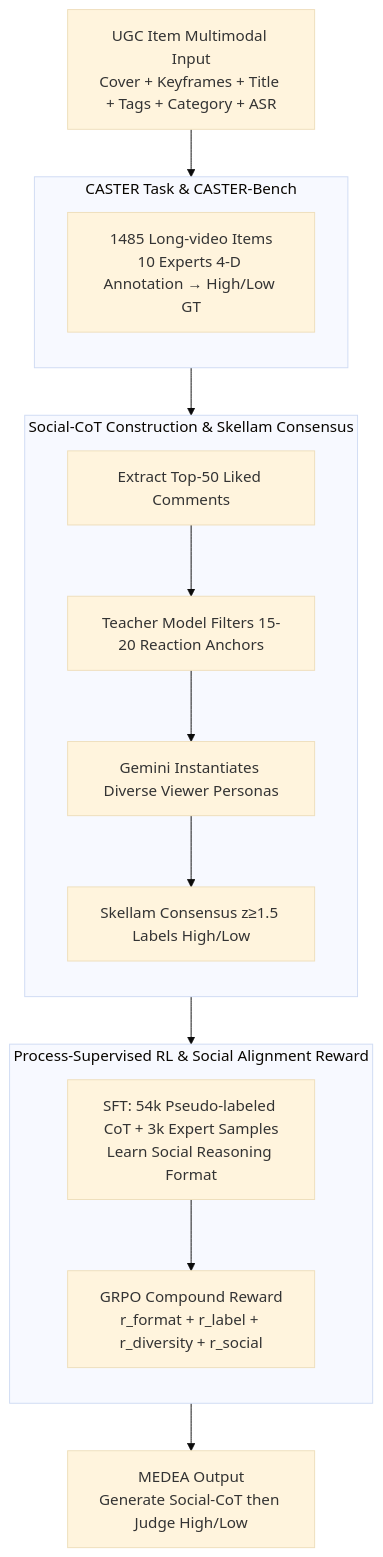
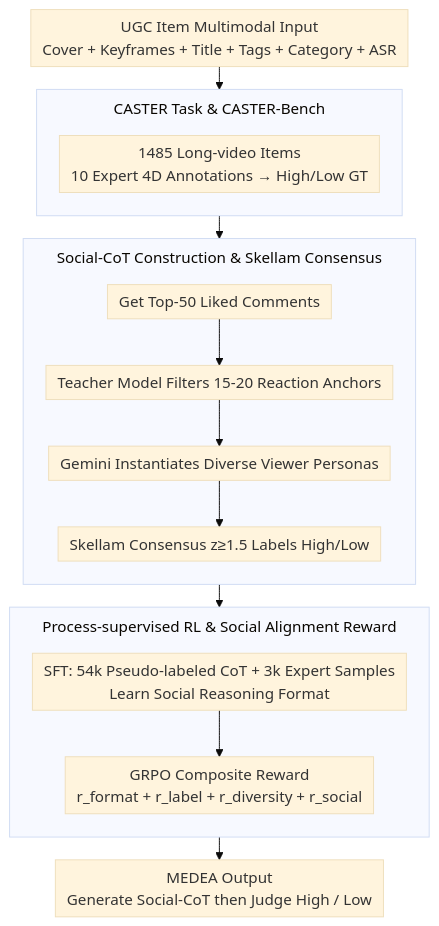
The diagram in docs/ACL2026/reinforcement_learning/community-aware_assessment_of_social_textual_engagement_and_resonance_a_human-ce.md (zhaoyang97/Paper-Notes-en), drawn with Mermaid (base theme) before and after one commit. The commit also changed other lines of this file and 5084 other files, not shown here.

````diff
--- a/docs/ACL2026/reinforcement_learning/community-aware_assessment_of_social_textual_engagement_and_resonance_a_human-ce.md
+++ b/docs/ACL2026/reinforcement_learning/community-aware_assessment_of_social_textual_engagement_and_resonance_a_human-ce.md
@@ -43,23 +43,24 @@
 ```mermaid
-graph TD
+%%{init: {'flowchart': {'rankSpacing': 24, 'nodeSpacing': 28, 'padding': 6, 'wrappingWidth': 400, 'subGraphTitleMargin': {'top': 8, 'bottom': 16}}}}%%
+flowchart TD
     IN["UGC Item Multimodal Input<br/>Cover + Keyframes + Title + Tags + Category + ASR"]
     subgraph TASK["CASTER Task & CASTER-Bench"]
         direction TB
-        BENCH["1485 Long-video Items<br/>10 Experts 4-D Annotation → High/Low GT"]
+        BENCH["1485 Long-video Items<br/>10 Expert 4D Annotations → High/Low GT"]
     end
     subgraph SCOT["Social-CoT Construction & Skellam Consensus"]
         direction TB
-        C1["Extract Top-50 Liked Comments"] --> C2["Teacher Model Filters 15-20 Reaction Anchors"]
+        C1["Get Top-50 Liked Comments"] --> C2["Teacher Model Filters 15-20 Reaction Anchors"]
         C2 --> C3["Gemini Instantiates Diverse Viewer Personas"]
         C3 --> C4["Skellam Consensus z≥1.5 Labels High/Low"]
     end
-    subgraph TRAIN["Process-Supervised RL & Social Alignment Reward"]
+    subgraph TRAIN["Process-supervised RL & Social Alignment Reward"]
         direction TB
         T1["SFT: 54k Pseudo-labeled CoT + 3k Expert Samples<br/>Learn Social Reasoning Format"]
-        T1 --> T2["GRPO Compound Reward<br/>r_format + r_label + r_diversity + r_social"]
+        T1 --> T2["GRPO Composite Reward<br/>r_format + r_label + r_diversity + r_social"]
     end
     IN --> TASK
     TASK --> SCOT
     SCOT --> TRAIN
-    TRAIN --> OUT["MEDEA Output<br/>Generate Social-CoT then Judge High/Low"]
+    TRAIN --> OUT["MEDEA Output<br/>Generate Social-CoT then Judge High / Low"]
 ```
````
